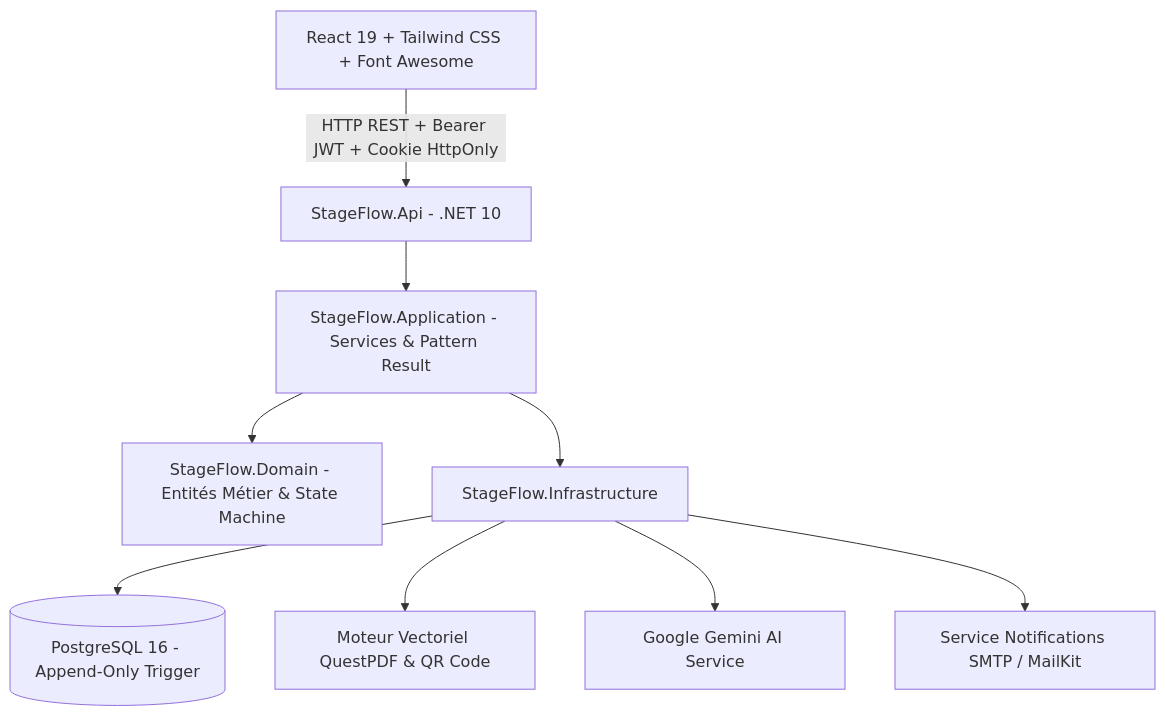
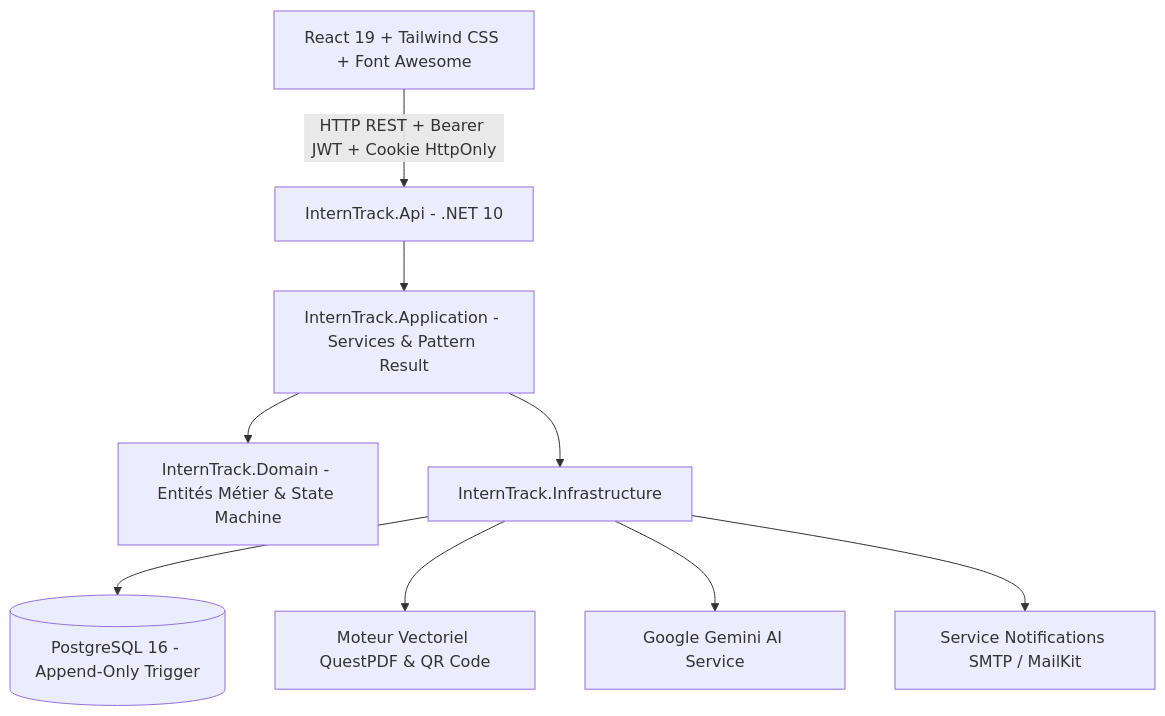
One commit to achrafes20/InternTrack changed the diagram in README.md. Above: the diagram before and after it, drawn with Mermaid. The commit also changed other lines of this file and 417 other files, not shown here.

````diff
--- a/README.md
+++ b/README.md
@@ -93,11 +93,11 @@
 ```mermaid
 graph TD
-    Client[React 19 + Tailwind CSS + Font Awesome] -->|HTTP REST + Bearer JWT + Cookie HttpOnly| API[StageFlow.Api - .NET 10]
-    API --> App[StageFlow.Application - Services & Pattern Result]
-    App --> Domain[StageFlow.Domain - Entités Métier & State Machine]
-    App --> Infra[StageFlow.Infrastructure]
+    Client[React 19 + Tailwind CSS + Font Awesome] -->|HTTP REST + Bearer JWT + Cookie HttpOnly| API[InternTrack.Api - .NET 10]
+    API --> App[InternTrack.Application - Services & Pattern Result]
+    App --> Domain[InternTrack.Domain - Entités Métier & State Machine]
+    App --> Infra[InternTrack.Infrastructure]
     Infra --> DB[(PostgreSQL 16 - Append-Only Trigger)]
     Infra --> PDF[Moteur Vectoriel QuestPDF & QR Code]
     Infra --> AI[Google Gemini AI Service]
     Infra --> Mail[Service Notifications SMTP / MailKit]
 ```
````
